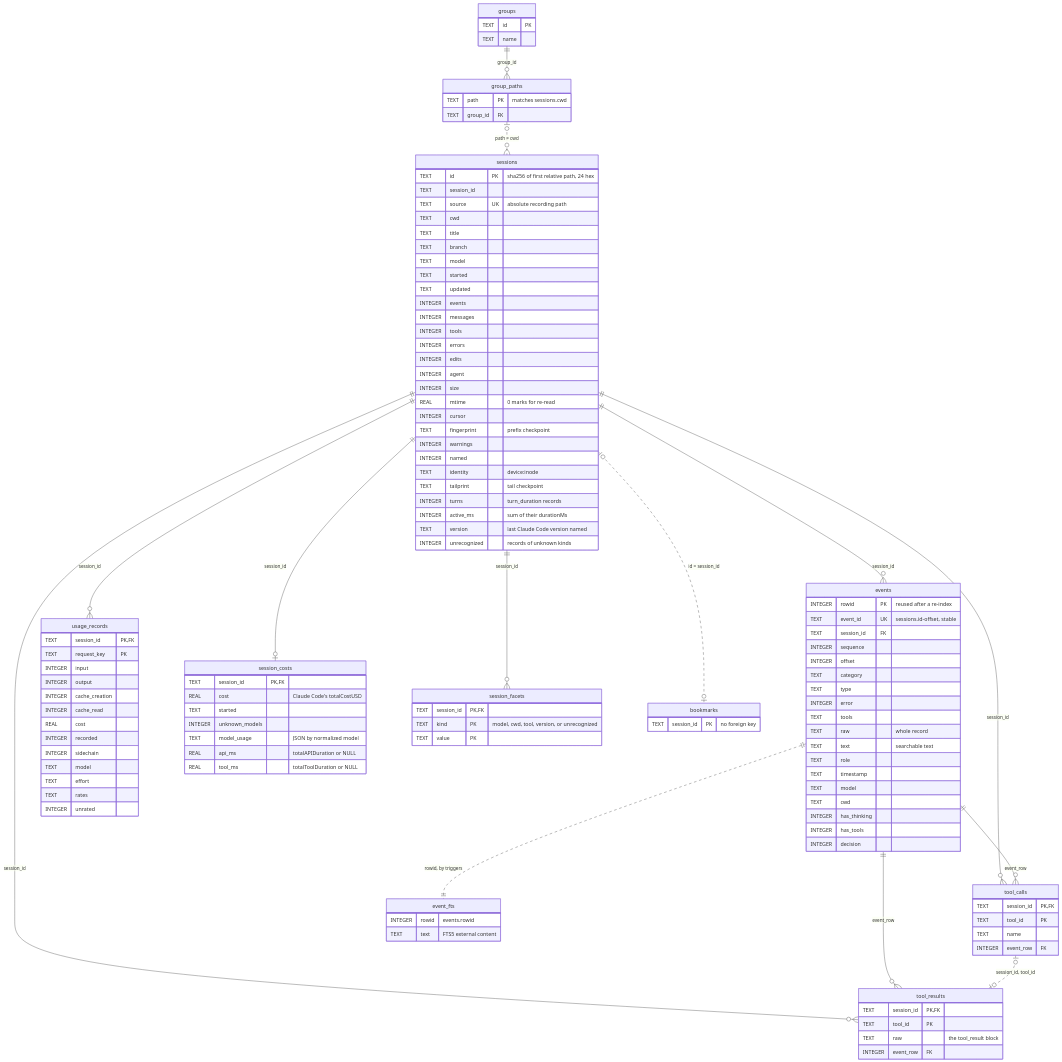
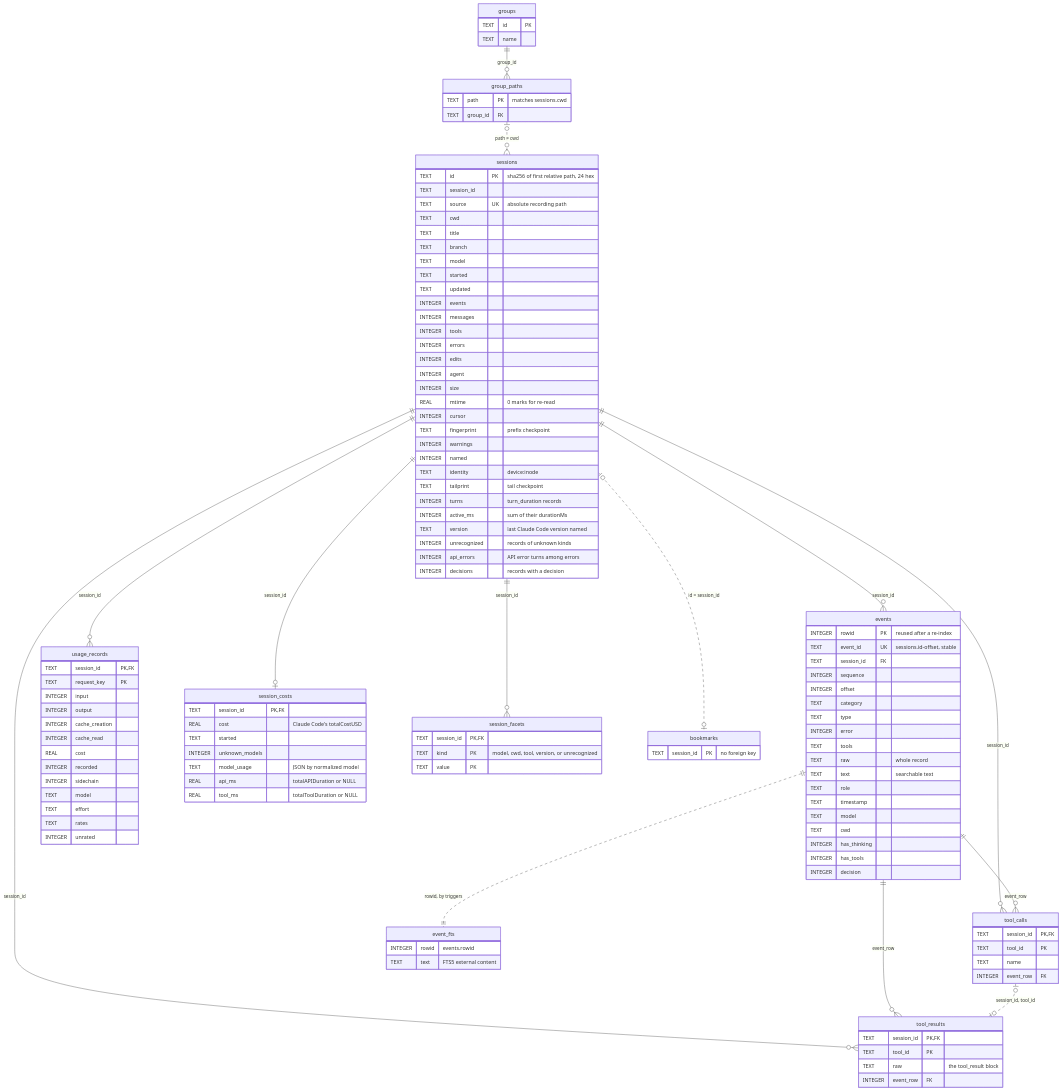
One commit to fantomc0der/claude-blackbox changed the diagram in docs/sqlite-schema.md. Above: the diagram before and after it, drawn with Mermaid. The commit also changed other lines of this file and 13 other files, not shown here.

```diff
--- a/docs/sqlite-schema.md
+++ b/docs/sqlite-schema.md
@@ -90,6 +90,8 @@
     INTEGER active_ms "sum of their durationMs"
     TEXT version "last Claude Code version named"
     INTEGER unrecognized "records of unknown kinds"
+    INTEGER api_errors "API error turns among errors"
+    INTEGER decisions "records with a decision"
   }
   events {
     INTEGER rowid PK "reused after a re-index"
```
